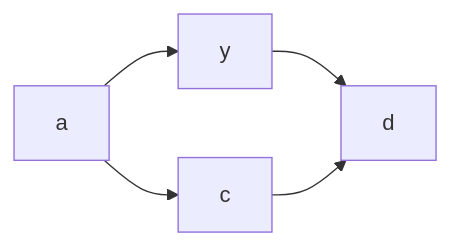
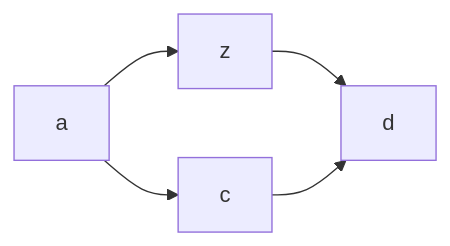
Before and after one commit to ockertbotha/mermaid-diagramming: the diagram in diagrams/action-flow.md, drawn with Mermaid. The commit also changed 1 other file, not shown here.

Commit message:
Some diagram updates

````diff
--- a/diagrams/action-flow.md
+++ b/diagrams/action-flow.md
@@ -1,4 +1,4 @@
 ```mermaid
 flowchart LR;
-  a --> y & c --> d;  
+  a --> z & c --> d;  
 ```
````
